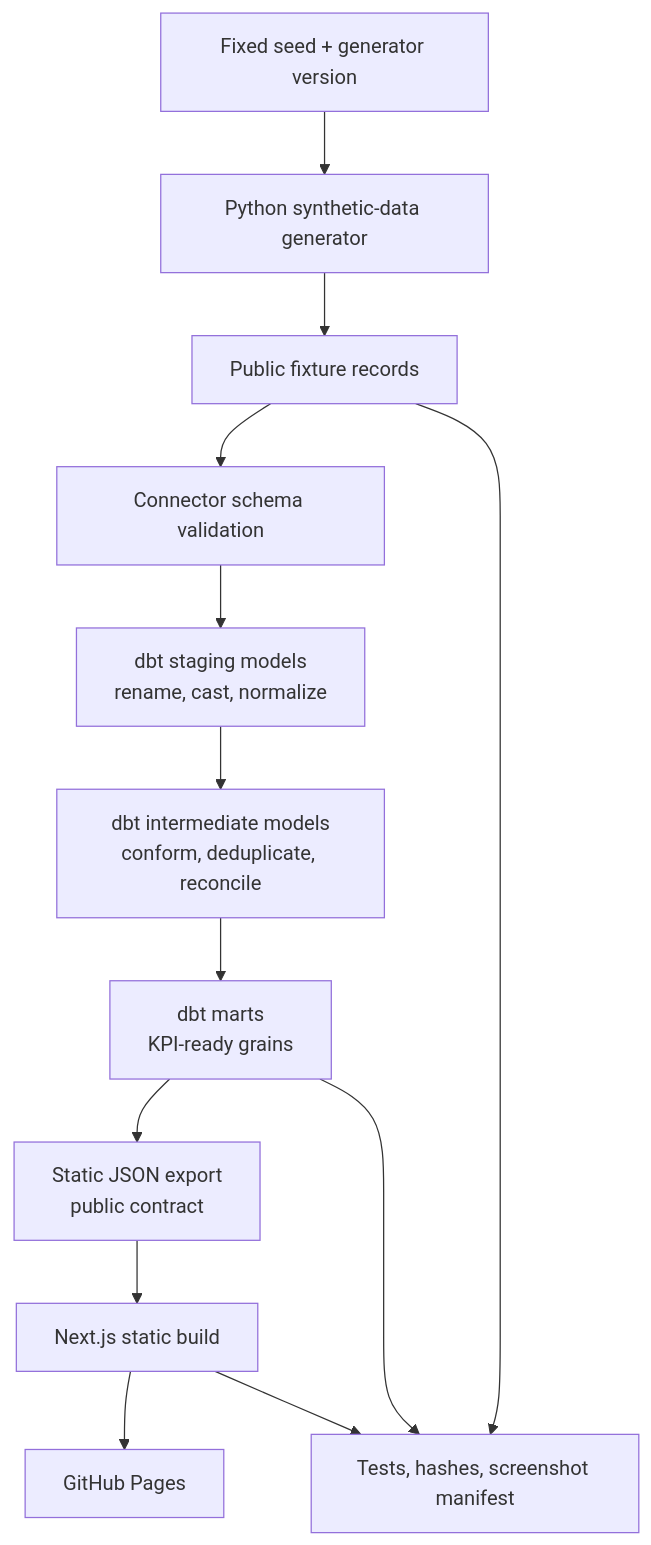
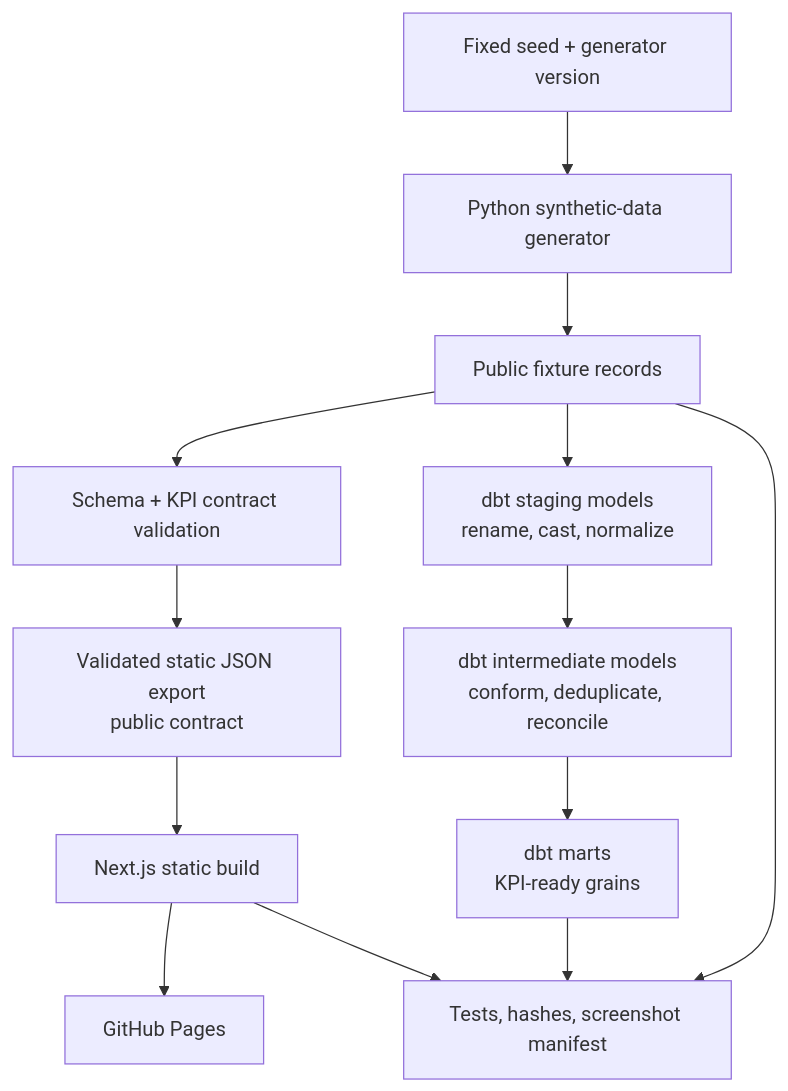
The second of 5 diagrams in docs/architecture/ARCHITECTURE.md (OmarBajamel/primeorder-commerce-intelligence), drawn with Mermaid before and after one commit. The commit also changed other lines of this file and 106 other files, not shown here.

````diff
--- a/docs/architecture/ARCHITECTURE.md
+++ b/docs/architecture/ARCHITECTURE.md
@@ -52,20 +53,20 @@
 ```mermaid
 flowchart TD
   seed[Fixed seed + generator version]
   generator[Python synthetic-data generator]
   raw[Public fixture records]
-  validate[Connector schema validation]
+  validate[Schema + KPI contract validation]
   staging[dbt staging models\nrename, cast, normalize]
   intermediate[dbt intermediate models\nconform, deduplicate, reconcile]
   marts[dbt marts\nKPI-ready grains]
-  export[Static JSON export\npublic contract]
+  export[Validated static JSON export\npublic contract]
   next[Next.js static build]
   pages[GitHub Pages]
   evidence[Tests, hashes, screenshot manifest]
 
-  seed --> generator --> raw --> validate --> staging --> intermediate --> marts
-  marts --> export --> next --> pages
+  seed --> generator --> raw --> validate --> export --> next --> pages
+  raw --> staging --> intermediate --> marts
   raw --> evidence
   marts --> evidence
   next --> evidence
 ```
````
